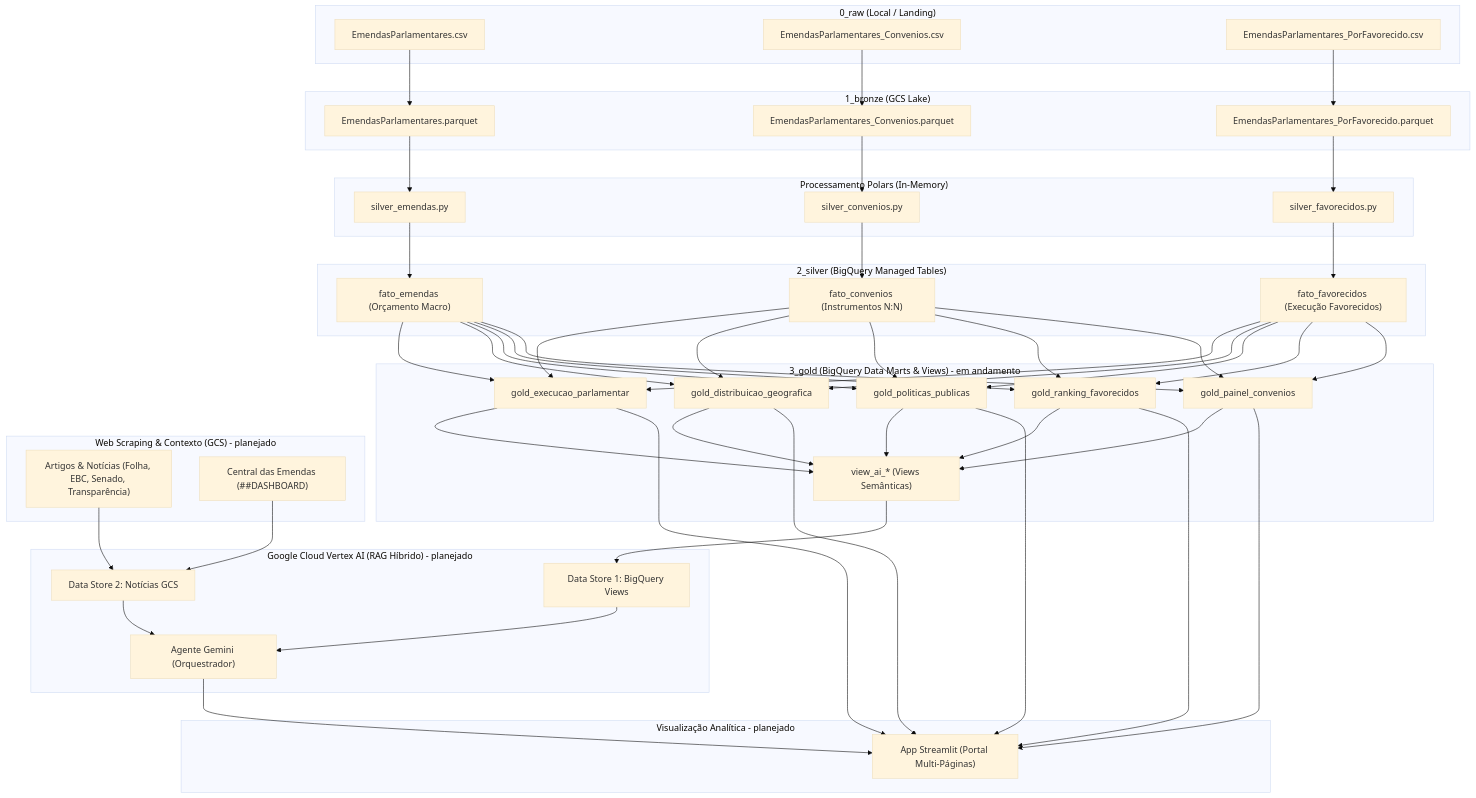
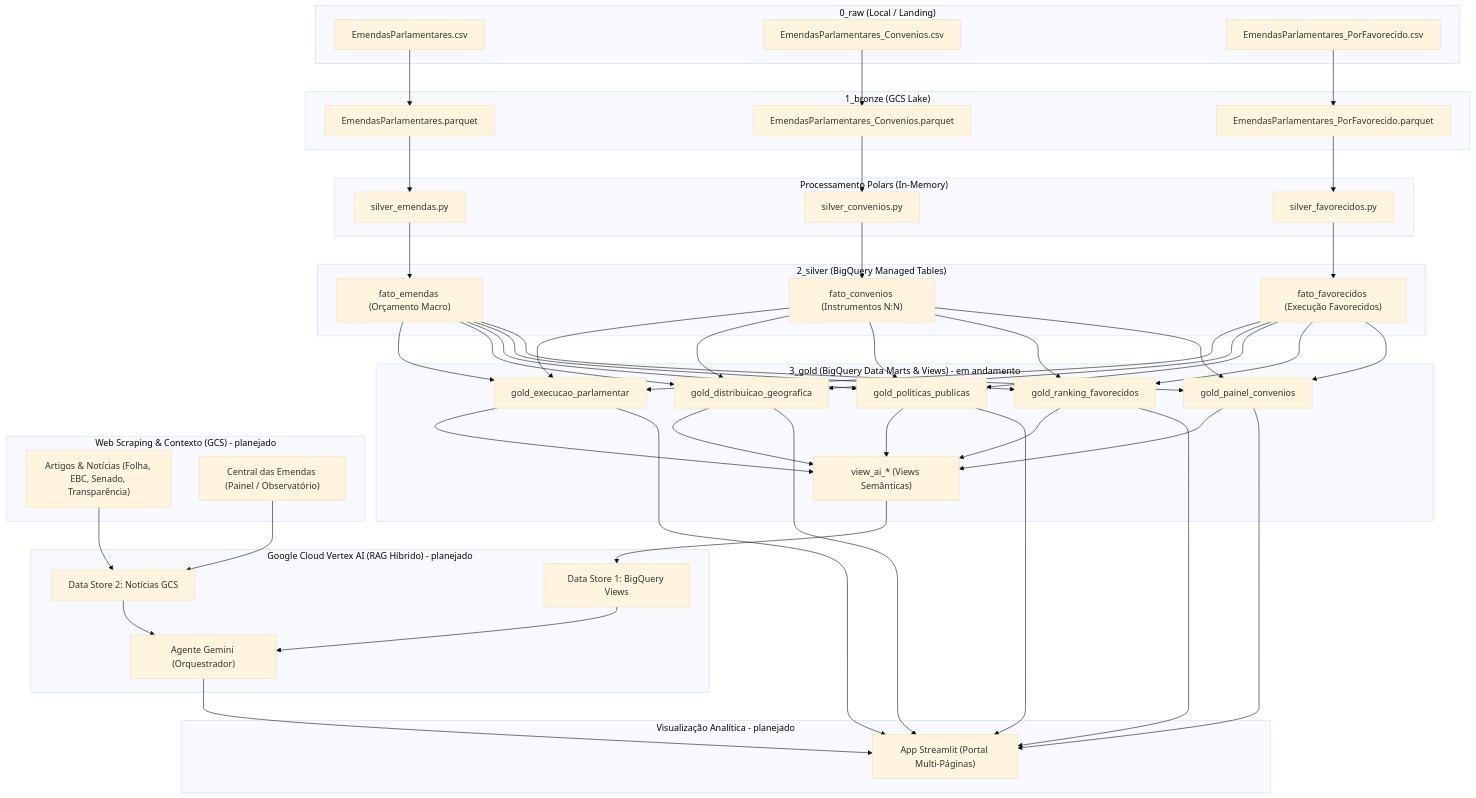
The diagram in README.md (OGgbarbosa/etl-emendas-parlamentares-brasil-gcp), drawn with Mermaid (base theme) before and after one commit. The commit also changed other lines of this file, not shown here.

````diff
--- a/README.md
+++ b/README.md
@@ -31,66 +31,66 @@
 ```mermaid
 flowchart TD
     subgraph RawZone ["0_raw (Local / Landing)"]
         CSV_E["EmendasParlamentares.csv"]
         CSV_C["EmendasParlamentares_Convenios.csv"]
         CSV_F["EmendasParlamentares_PorFavorecido.csv"]
     end
 
     subgraph BronzeZone ["1_bronze (GCS Lake)"]
         B_E["EmendasParlamentares.parquet"]
         B_C["EmendasParlamentares_Convenios.parquet"]
         B_F["EmendasParlamentares_PorFavorecido.parquet"]
     end
 
     subgraph Processing ["Processamento Polars (In-Memory)"]
         Proc_E["silver_emendas.py"]
         Proc_C["silver_convenios.py"]
         Proc_F["silver_favorecidos.py"]
     end
 
     subgraph DWH_Silver ["2_silver (BigQuery Managed Tables)"]
         S_EMENDA["fato_emendas (Orçamento Macro)"]
         S_CONV["fato_convenios (Instrumentos N:N)"]
         S_FAV["fato_favorecidos (Execução Favorecidos)"]
     end
 
     subgraph DWH_Gold ["3_gold (BigQuery Data Marts & Views) - em andamento"]
         G_PARL["gold_execucao_parlamentar"]
         G_GEO["gold_distribuicao_geografica"]
         G_POL["gold_politicas_publicas"]
         G_FAV["gold_ranking_favorecidos"]
         G_CONV["gold_painel_convenios"]
         G_VIEW["view_ai_* (Views Semânticas)"]
     end
 
     subgraph Web_Scraping ["Web Scraping & Contexto (GCS) - planejado"]
         W_NEWS["Artigos & Notícias (Folha, EBC, Senado, Transparência)"]
-        W_DASH["Central das Emendas (##DASHBOARD)"]
+        W_DASH["Central das Emendas (Painel / Observatório)"]
     end
 
     subgraph Intelligence ["Google Cloud Vertex AI (RAG Híbrido) - planejado"]
         V_AGENT["Agente Gemini (Orquestrador)"]
         V_STORE_BQ["Data Store 1: BigQuery Views"]
         V_STORE_GCS["Data Store 2: Notícias GCS"]
     end
 
     subgraph Frontend ["Visualização Analítica - planejado"]
         APP["App Streamlit (Portal Multi-Páginas)"]
     end
 
     CSV_E --> B_E
     CSV_C --> B_C
     CSV_F --> B_F
 
     B_E --> Proc_E --> S_EMENDA
     B_C --> Proc_C --> S_CONV
     B_F --> Proc_F --> S_FAV
 
     S_EMENDA & S_CONV & S_FAV --> G_PARL & G_GEO & G_POL & G_FAV & G_CONV --> G_VIEW
 
     G_VIEW --> V_STORE_BQ --> V_AGENT
     W_NEWS & W_DASH --> V_STORE_GCS --> V_AGENT
 
     G_PARL & G_GEO & G_POL & G_FAV & G_CONV --> APP
     V_AGENT --> APP
 ```
````
